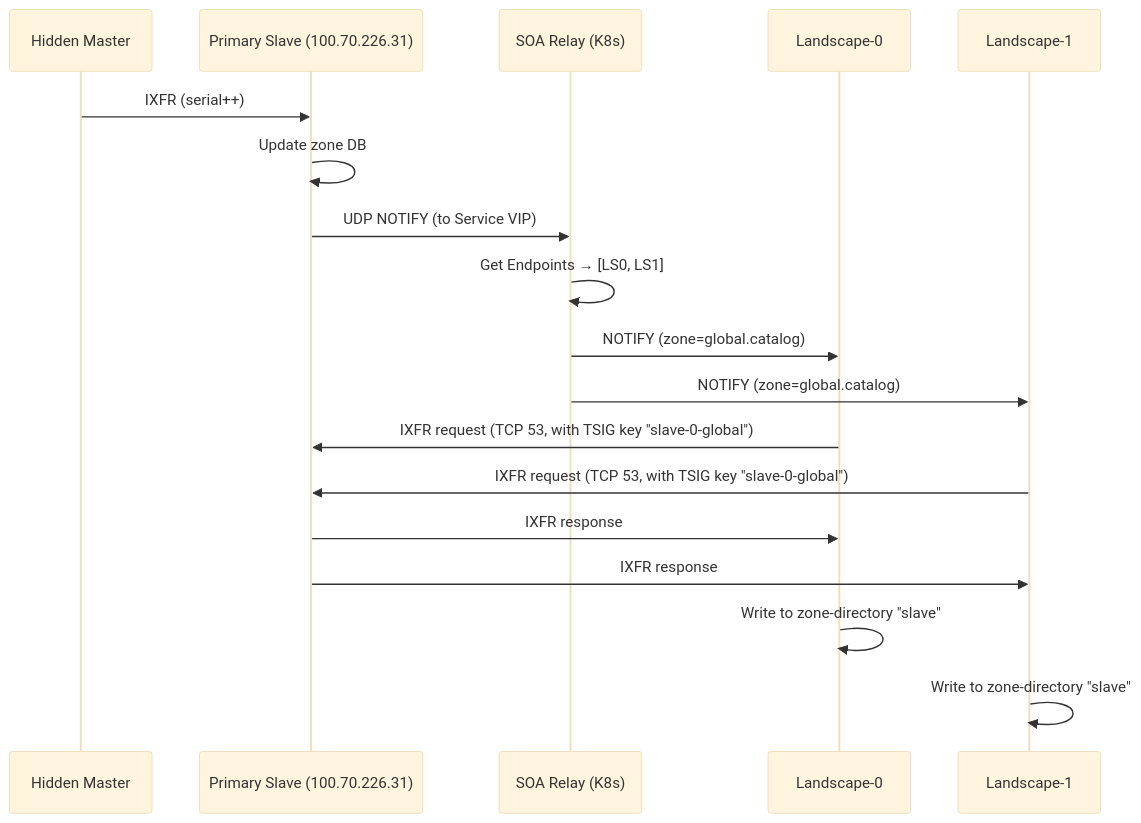
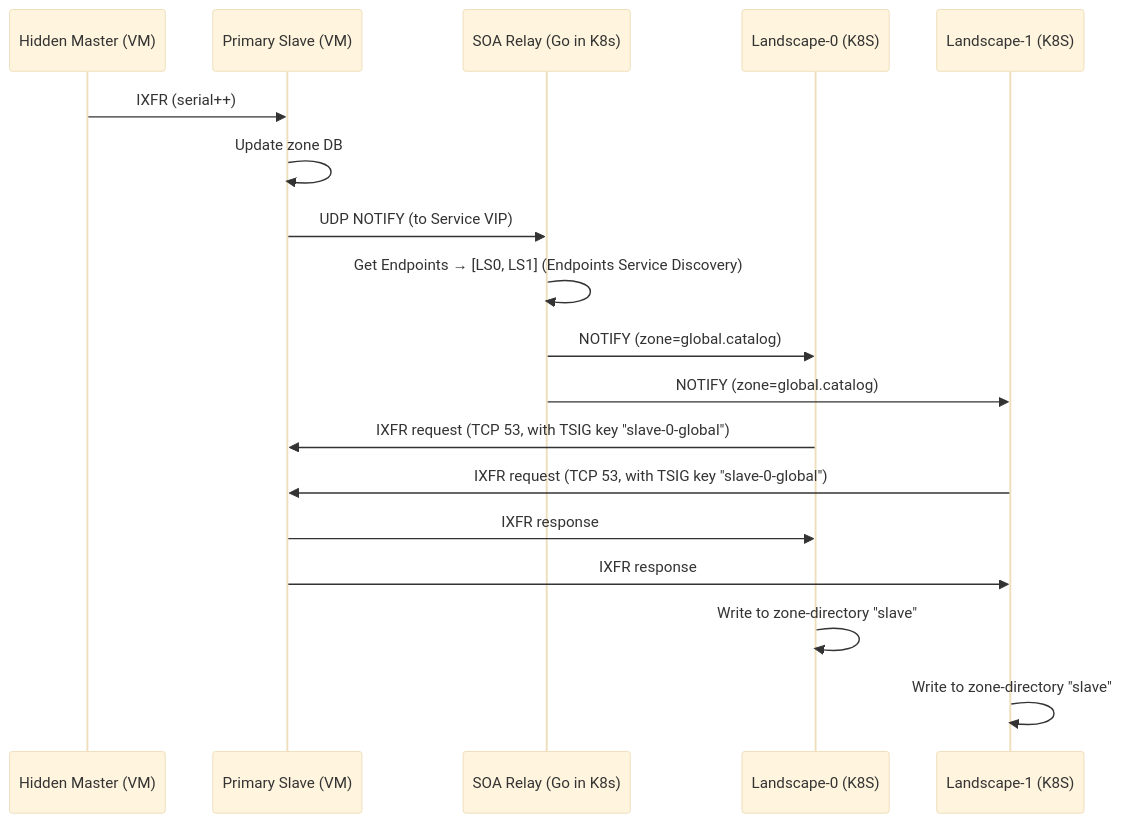
The diagram in docs/DNS/Bind_Containerization_Design/2_Landscape_Pod.md (BryanPersonal/devops-hackathons), drawn with Mermaid (base theme) before and after one commit. The commit also changed other lines of this file and 1 other file, not shown here.

````diff
--- a/docs/DNS/Bind_Containerization_Design/2_Landscape_Pod.md
+++ b/docs/DNS/Bind_Containerization_Design/2_Landscape_Pod.md
@@ -92,21 +94,21 @@
 ```mermaid
 sequenceDiagram
-    participant HM as Hidden Master
-    participant PS as Primary Slave (100.70.226.31)
-    participant Relay as SOA Relay (K8s)
-    participant LS0 as Landscape-0
-    participant LS1 as Landscape-1
+    participant HM as Hidden Master (VM)
+    participant PS as Primary Slave (VM)
+    participant Relay as SOA Relay (Go in K8s)
+    participant LS0 as Landscape-0 (K8S)
+    participant LS1 as Landscape-1 (K8S)
 
     HM->>PS: IXFR (serial++)
     PS->>PS: Update zone DB
     PS->>Relay: UDP NOTIFY (to Service VIP)
-    Relay->>Relay: Get Endpoints → [LS0, LS1]
+    Relay->>Relay: Get Endpoints → [LS0, LS1] (Endpoints Service Discovery)
     Relay->>LS0: NOTIFY (zone=global.catalog)
     Relay->>LS1: NOTIFY (zone=global.catalog)
     LS0->>PS: IXFR request (TCP 53, with TSIG key "slave-0-global")
     LS1->>PS: IXFR request (TCP 53, with TSIG key "slave-0-global")
     PS->>LS0: IXFR response
     PS->>LS1: IXFR response
     LS0->>LS0: Write to zone-directory "slave"
     LS1->>LS1: Write to zone-directory "slave"
 ```
````
